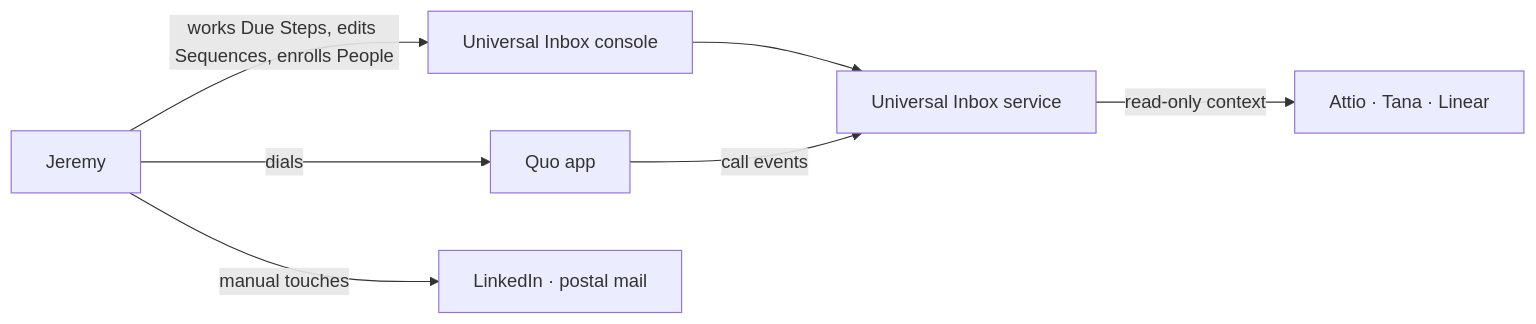
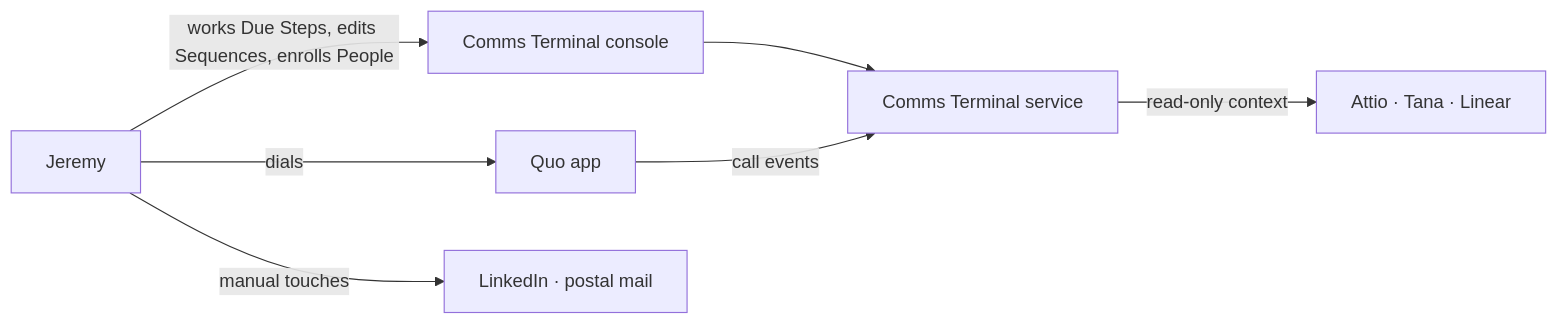
Before and after one commit to JMLegere/comms-terminal: the first of 3 diagrams in .agents/discovery/2026-10-16-sequencing-ux.md, drawn with Mermaid. The commit also changed other lines of this file and 181 other files, not shown here.

First line of the commit message:
Rename: Universal Inbox is now Comms Terminal

````diff
--- a/.agents/discovery/2026-10-16-sequencing-ux.md
+++ b/.agents/discovery/2026-10-16-sequencing-ux.md
@@ -302,9 +302,9 @@
 ```mermaid
 flowchart LR
-  J["Jeremy"] -->|"works Due Steps, edits Sequences, enrolls People"| C["Universal Inbox console"]
-  C --> S["Universal Inbox service"]
+  J["Jeremy"] -->|"works Due Steps, edits Sequences, enrolls People"| C["Comms Terminal console"]
+  C --> S["Comms Terminal service"]
   S -->|"read-only context"| X["Attio · Tana · Linear"]
   J -->|"dials"| Q["Quo app"]
   Q -->|"call events"| S
   J -->|"manual touches"| L["LinkedIn · postal mail"]
 ```
````
